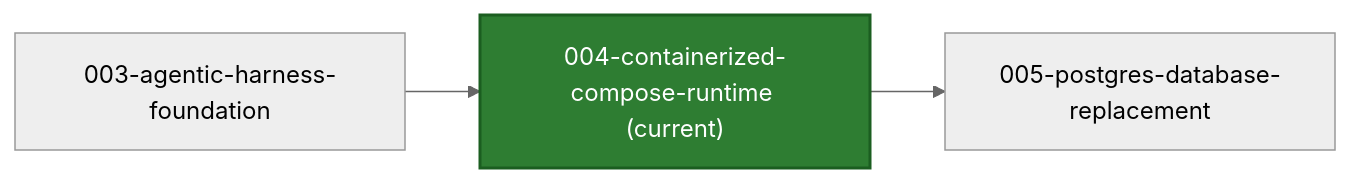
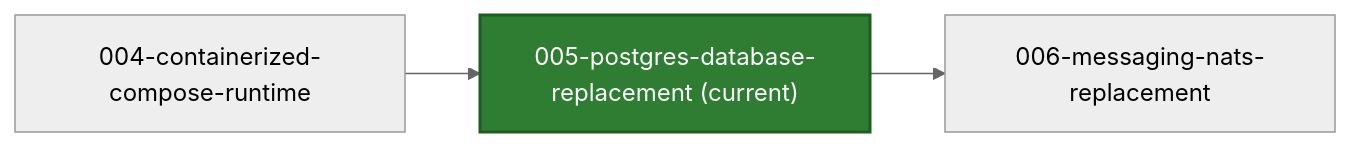
Before and after one commit to azure-octo/traderX: the first of 2 diagrams in README.md, drawn with Mermaid (neutral theme). The commit also changed other lines of this file and 55 other files, not shown here.

First line of the commit message:
snapshot: 005-postgres-database-replacement generated from a41e87908ebf8e9d2cd385280eacced32887bb1e

````diff
--- a/README.md
+++ b/README.md
@@ -21,10 +21,10 @@
 ```mermaid
 flowchart LR
-  S_CUR["004-containerized-compose-runtime (current)"]
+  S_CUR["005-postgres-database-replacement (current)"]
   style S_CUR fill:#2e7d32,stroke:#1b5e20,color:#ffffff,stroke-width:2px
-  S_PREV_003_agentic_harness_foundation["003-agentic-harness-foundation"] --> S_CUR
-  click S_PREV_003_agentic_harness_foundation href "https://github.com/finos/traderX/tree/code%2Fgenerated-state-003-agentic-harness-foundation" "Open branch"
-  S_CUR --> S_NEXT_005_postgres_database_replacement["005-postgres-database-replacement"]
-  click S_NEXT_005_postgres_database_replacement href "https://github.com/finos/traderX/tree/code%2Fgenerated-state-005-postgres-database-replacement" "Open branch"
-  click S_CUR href "https://github.com/finos/traderX/tree/code%2Fgenerated-state-004-containerized-compose-runtime" "Open current branch"
+  S_PREV_004_containerized_compose_runtime["004-containerized-compose-runtime"] --> S_CUR
+  click S_PREV_004_containerized_compose_runtime href "https://github.com/finos/traderX/tree/code%2Fgenerated-state-004-containerized-compose-runtime" "Open branch"
+  S_CUR --> S_NEXT_006_messaging_nats_replacement["006-messaging-nats-replacement"]
+  click S_NEXT_006_messaging_nats_replacement href "https://github.com/finos/traderX/tree/code%2Fgenerated-state-006-messaging-nats-replacement" "Open branch"
+  click S_CUR href "https://github.com/finos/traderX/tree/code%2Fgenerated-state-005-postgres-database-replacement" "Open current branch"
 ```
````
